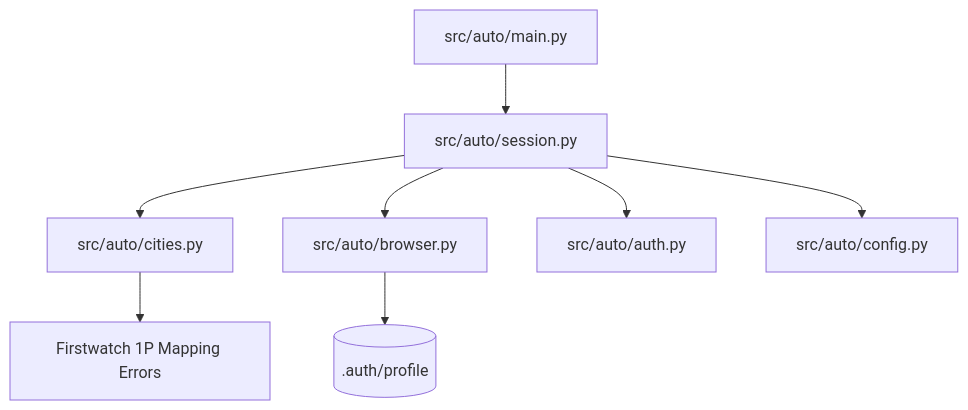
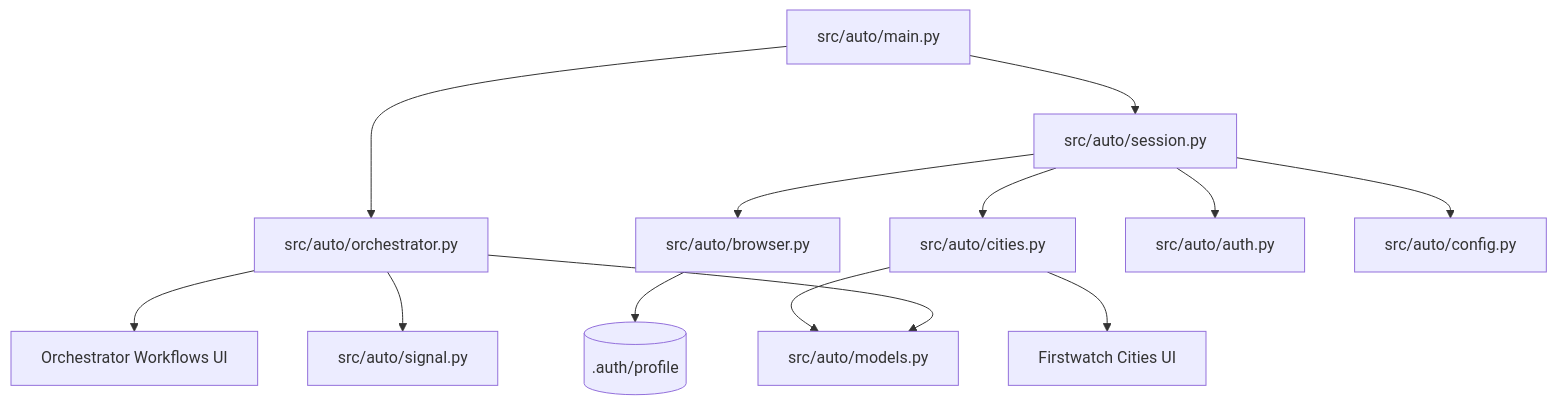
Before and after one commit to 87655465rt67y/auto: the diagram in docs/ARCHITECTURE.md, drawn with Mermaid. The commit also changed other lines of this file and 14 other files, not shown here.

Commit message:
feat: add core automation modules and unit tests for firstwatch and orchestrator workflows

````diff
--- a/docs/ARCHITECTURE.md
+++ b/docs/ARCHITECTURE.md
@@ -6,10 +6,15 @@
 ```mermaid
 graph TD
     Main[src/auto/main.py] --> Session[src/auto/session.py]
+    Main --> Orchestrator[src/auto/orchestrator.py]
+    Orchestrator --> Signal[src/auto/signal.py]
     Session --> Cities[src/auto/cities.py]
     Session --> Browser[src/auto/browser.py]
     Session --> Auth[src/auto/auth.py]
     Session --> Config[src/auto/config.py]
+    Cities --> Models[src/auto/models.py]
+    Orchestrator --> Models
     Browser --> Storage[(.auth/profile)]
-    Cities --> App[Firstwatch 1P Mapping Errors]
+    Cities --> Firstwatch[Firstwatch Cities UI]
+    Orchestrator --> OrchUI[Orchestrator Workflows UI]
 ```
````
